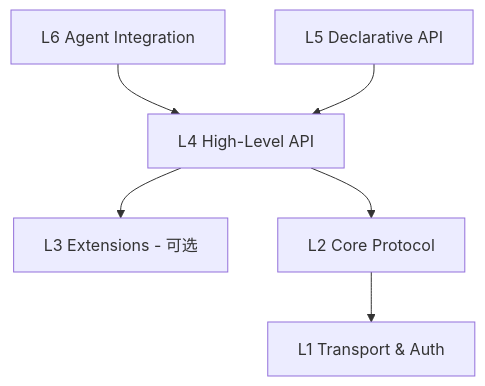
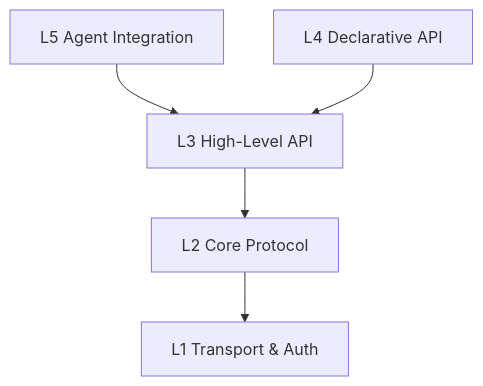
Before and after one commit to Alibaba-Agent-Sandbox/python-sdk: the second of 2 diagrams in docs/zh/design/architecture.md, drawn with Mermaid. The commit also changed other lines of this file and 819 other files, not shown here.

````diff
--- a/docs/zh/design/architecture.md
+++ b/docs/zh/design/architecture.md
@@ -153,8 +136,7 @@
 ```mermaid
 graph TD
-    L6[L6 Agent Integration] --> L4[L4 High-Level API]
-    L5[L5 Declarative API] --> L4
-    L4 --> L3[L3 Extensions - 可选]
-    L4 --> L2[L2 Core Protocol]
+    L5[L5 Agent Integration] --> L3[L3 High-Level API]
+    L4[L4 Declarative API] --> L3
+    L3 --> L2[L2 Core Protocol]
     L2 --> L1[L1 Transport & Auth]
 ```
````
